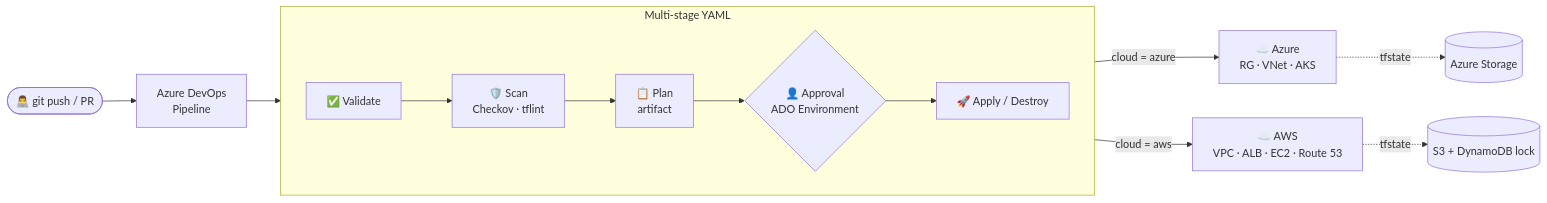
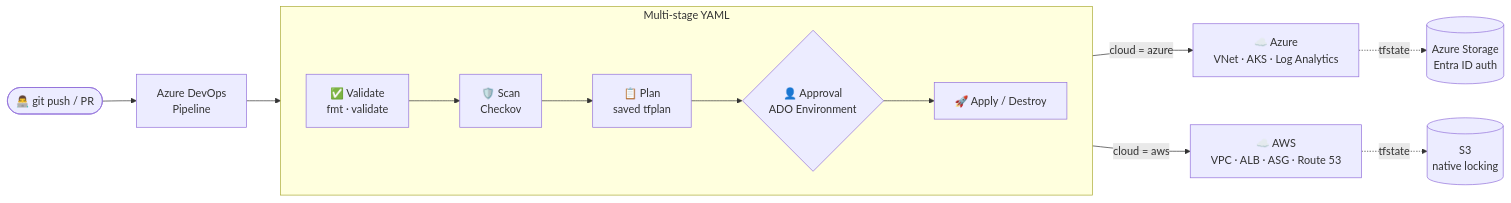
Before and after one commit to N-Subramanya/terraform-ado-multicloud: the diagram in README.md, drawn with Mermaid. The commit also changed other lines of this file and 54 other files, not shown here.

Commit message:
feat: implement Azure (AKS) and AWS (ALB + ASG) modules, multi-cloud ADO pipeline, Packer AMI and docs

````diff
--- a/README.md
+++ b/README.md
@@ -34,16 +37,16 @@
 ```mermaid
 flowchart LR
     Dev([👨‍💻 git push / PR]) --> ADO[Azure DevOps<br/>Pipeline]
 
     subgraph Pipeline [Multi-stage YAML]
         direction LR
-        V[✅ Validate] --> S[🛡️ Scan<br/>Checkov · tflint] --> P[📋 Plan<br/>artifact] --> G{👤 Approval<br/>ADO Environment} --> A[🚀 Apply / Destroy]
+        V[✅ Validate<br/>fmt · validate] --> S[🛡️ Scan<br/>Checkov] --> P[📋 Plan<br/>saved tfplan] --> G{👤 Approval<br/>ADO Environment} --> A[🚀 Apply / Destroy]
     end
 
     ADO --> V
-    A -->|cloud = azure| AZ[☁️ Azure<br/>RG · VNet · AKS]
-    A -->|cloud = aws| AW[☁️ AWS<br/>VPC · ALB · EC2 · Route 53]
+    A -->|cloud = azure| AZ[☁️ Azure<br/>VNet · AKS · Log Analytics]
+    A -->|cloud = aws| AW[☁️ AWS<br/>VPC · ALB · ASG · Route 53]
 
-    AZ -.tfstate.-> AZS[(Azure Storage)]
-    AW -.tfstate.-> S3[(S3 + DynamoDB lock)]
+    AZ -.tfstate.-> AZS[(Azure Storage<br/>Entra ID auth)]
+    AW -.tfstate.-> S3[(S3<br/>native locking)]
 ```
````
